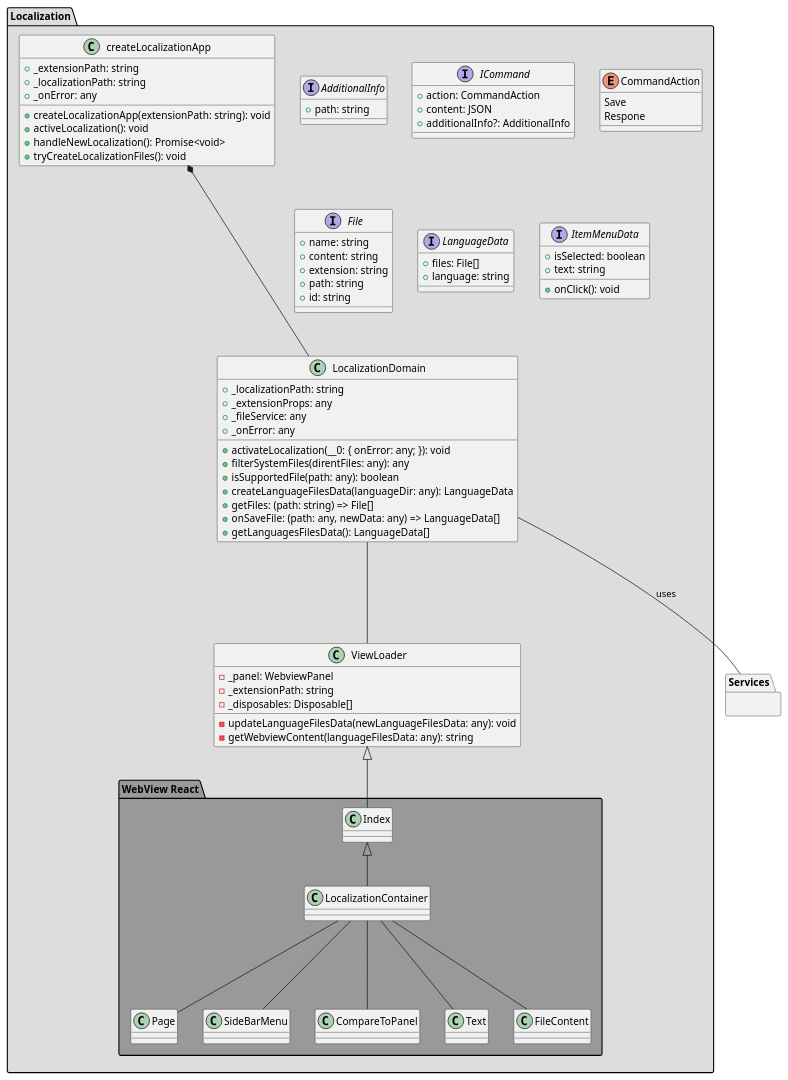
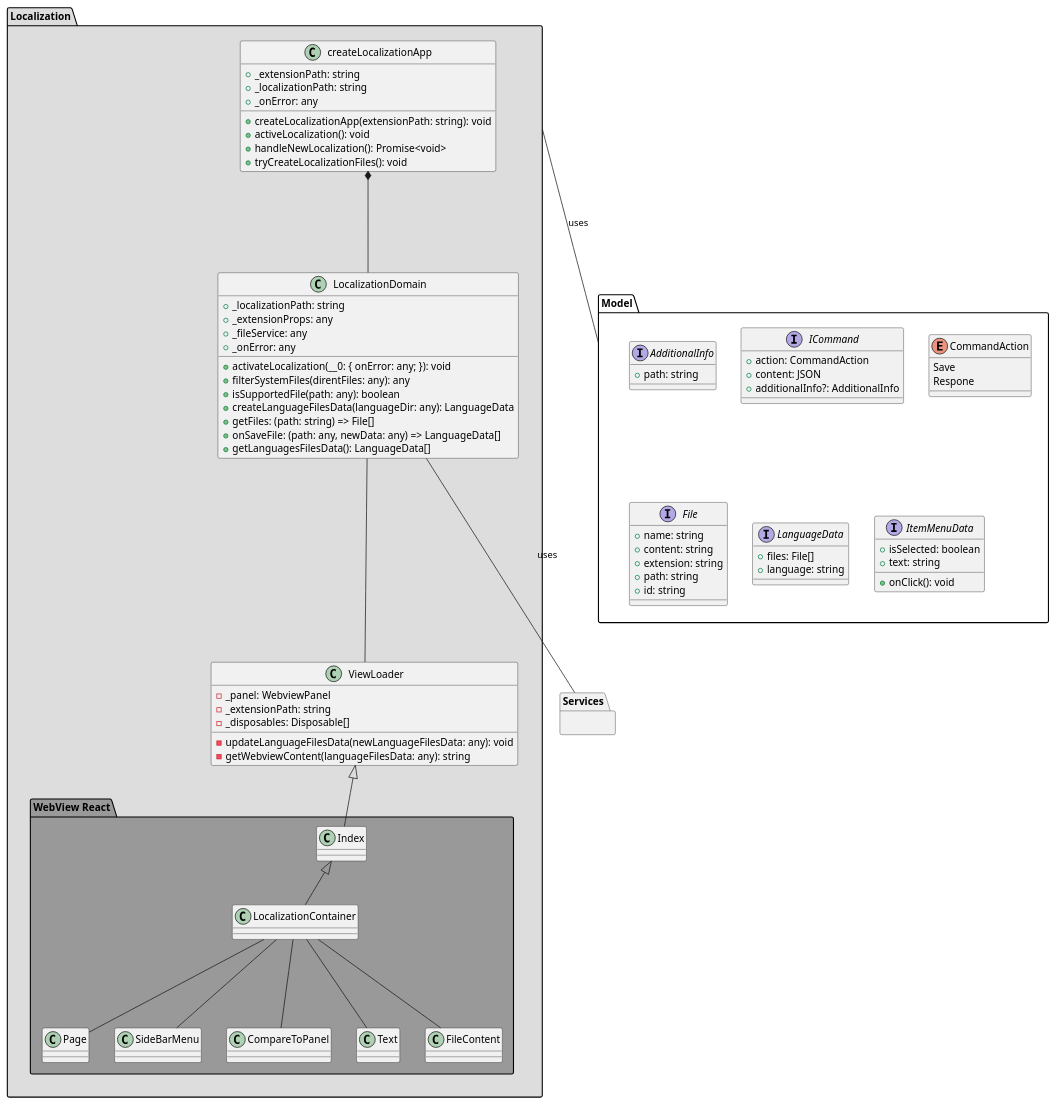
Before and after one commit to wolfj123/PolicyModelsPlugin: the diagram in diagrams/client/localization.puml, drawn with PlantUML.

Commit message:
update localization diagram

```diff
--- a/diagrams/client/localization.puml
+++ b/diagrams/client/localization.puml
@@ -1,99 +1,105 @@
 @startuml
 
 package Services {
 }
 
-package Localization #DDDDDD{
-
+package Model {
 interface AdditionalInfo {
     +path: string
 }
 interface ICommand {
     +action: CommandAction
     +content: JSON
     +additionalInfo?: AdditionalInfo
 }
 enum CommandAction {
     Save
     Respone
 }
 interface File {
     +name: string
     +content: string
     +extension: string
     +path: string
     +id: string
 }
 interface LanguageData {
     +files: File[]
     +language: string
 }
 interface ItemMenuData {
     +isSelected: boolean
     +onClick(): void
     +text: string
 }
+}
+
+
+package Localization #DDDDDD{
+
 
 class ViewLoader {
     -_panel: WebviewPanel
     -_extensionPath: string
     -_disposables: Disposable[]
     -updateLanguageFilesData(newLanguageFilesData: any): void
     -getWebviewContent(languageFilesData: any): string
 }
 
 class createLocalizationApp {
     +_extensionPath: string
     +_localizationPath: string
     +_onError: any
 
     +createLocalizationApp(extensionPath: string): void
     +activeLocalization(): void
     +handleNewLocalization(): Promise<void>
     +tryCreateLocalizationFiles(): void
 
 }
 
 
 class LocalizationDomain {
     +_localizationPath: string
     +_extensionProps: any
     +_fileService: any
     +_onError: any
     +activateLocalization(__0: { onError: any; }): void
     +filterSystemFiles(direntFiles: any): any
     +isSupportedFile(path: any): boolean
     +createLanguageFilesData(languageDir: any): LanguageData
     +getFiles: (path: string) => File[]
     +onSaveFile: (path: any, newData: any) => LanguageData[]
     +getLanguagesFilesData(): LanguageData[]
 }
 createLocalizationApp *--- LocalizationDomain
 LocalizationDomain --- ViewLoader
 
 
 
 package "WebView React" #999999 {
  ViewLoader <|--Index
   class Index {}
   class LocalizationContainer{}
   class Page{}
   class SideBarMenu{}
   class CompareToPanel{}
   class Text{}
   class FileContent{}
 
   Index <|-- LocalizationContainer
   LocalizationContainer --- Page
   LocalizationContainer --- SideBarMenu
   LocalizationContainer --- CompareToPanel
   LocalizationContainer --- Text
   LocalizationContainer --- FileContent
 }
 
 }
 
 LocalizationDomain --- Services :uses
+Localization --- Model :uses
+
 
 
 @enduml
```
